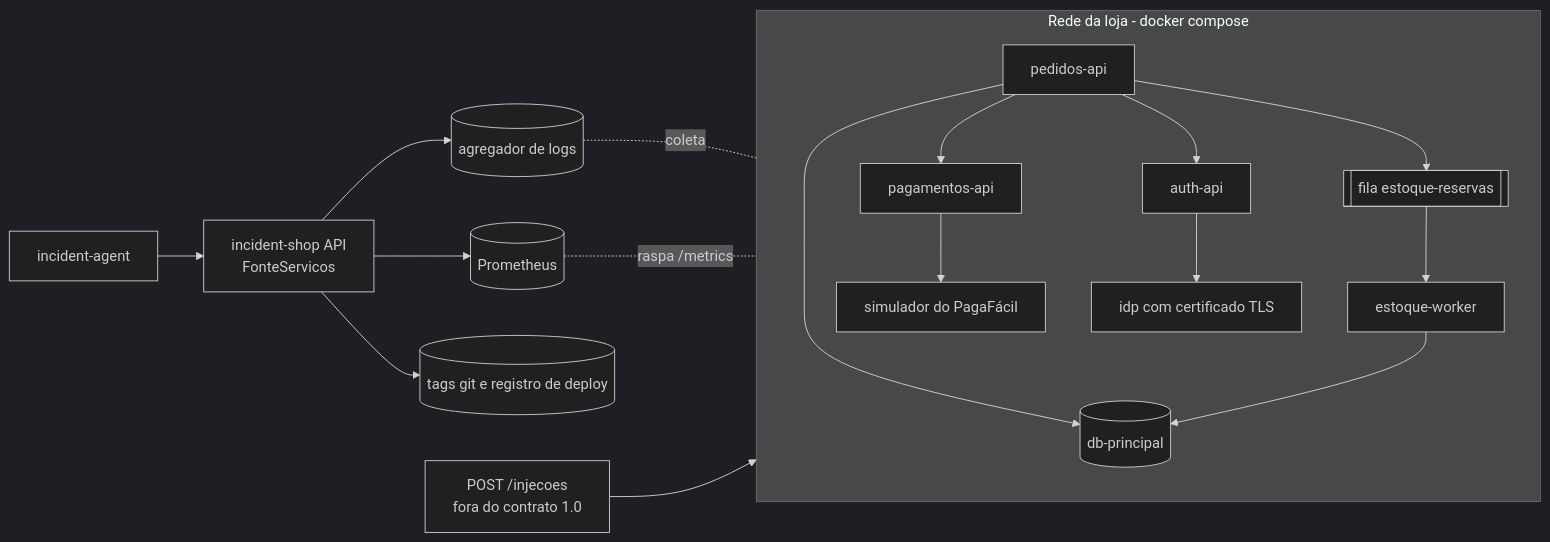
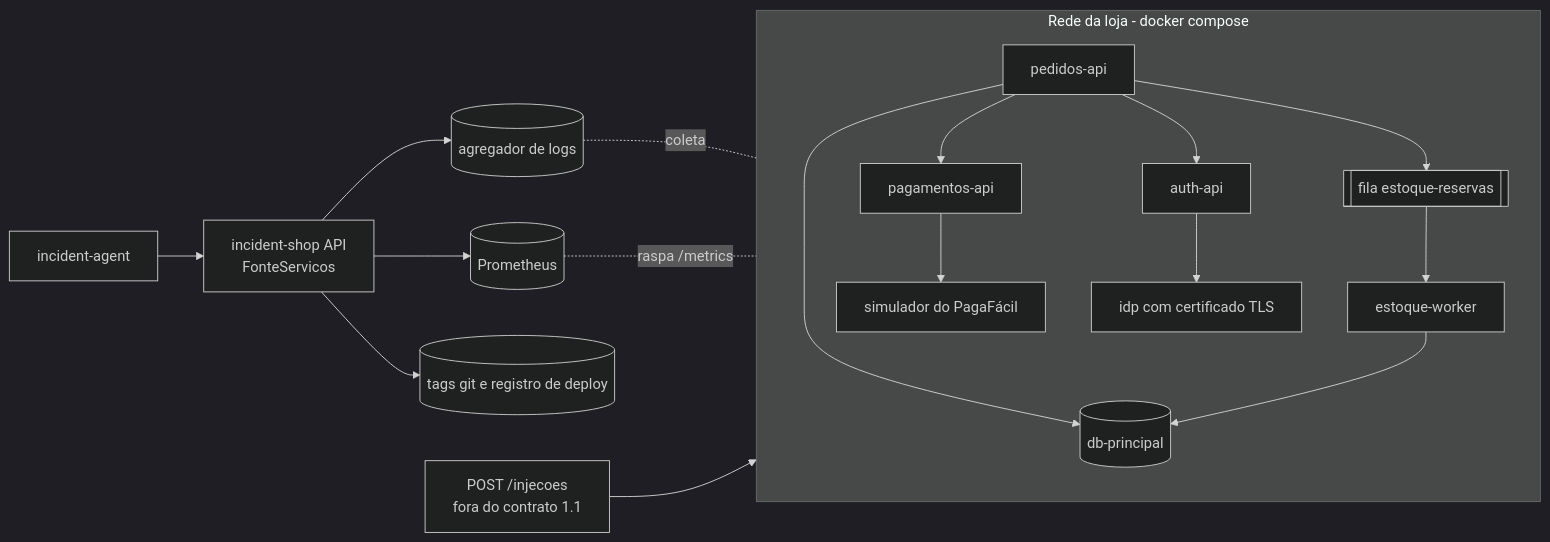
Before and after one commit to erato690/incident-shop: the diagram in docs/opcao2-servicos-reais.md, drawn with Mermaid (dark theme). The commit also changed other lines of this file, not shown here.

Commit message:
docs: ajusta versões citadas na opção 2 após o contrato 1.1.0

````diff
--- a/docs/opcao2-servicos-reais.md
+++ b/docs/opcao2-servicos-reais.md
@@ -18,20 +18,20 @@
 ```mermaid
 flowchart LR
   subgraph loja[Rede da loja - docker compose]
     pedidos[pedidos-api] --> pagamentos[pagamentos-api]
     pedidos --> db[(db-principal)]
     pedidos --> fila[[fila estoque-reservas]]
     fila --> estoque[estoque-worker]
     estoque --> db
     pagamentos --> paga[simulador do PagaFácil]
     auth[auth-api] --> idp[idp com certificado TLS]
     pedidos --> auth
   end
   loki[(agregador de logs)] -. coleta .- loja
   prom[(Prometheus)] -. raspa /metrics .- loja
   api[incident-shop API\nFonteServicos] --> loki
   api --> prom
   api --> git[(tags git e registro de deploy)]
-  injetor[POST /injecoes\nfora do contrato 1.0] --> loja
+  injetor[POST /injecoes\nfora do contrato 1.1] --> loja
   agente[incident-agent] --> api
 ```
````
